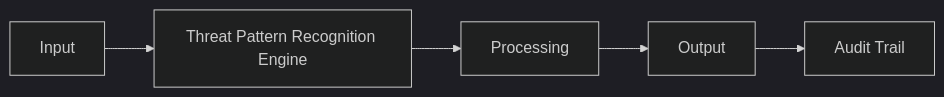
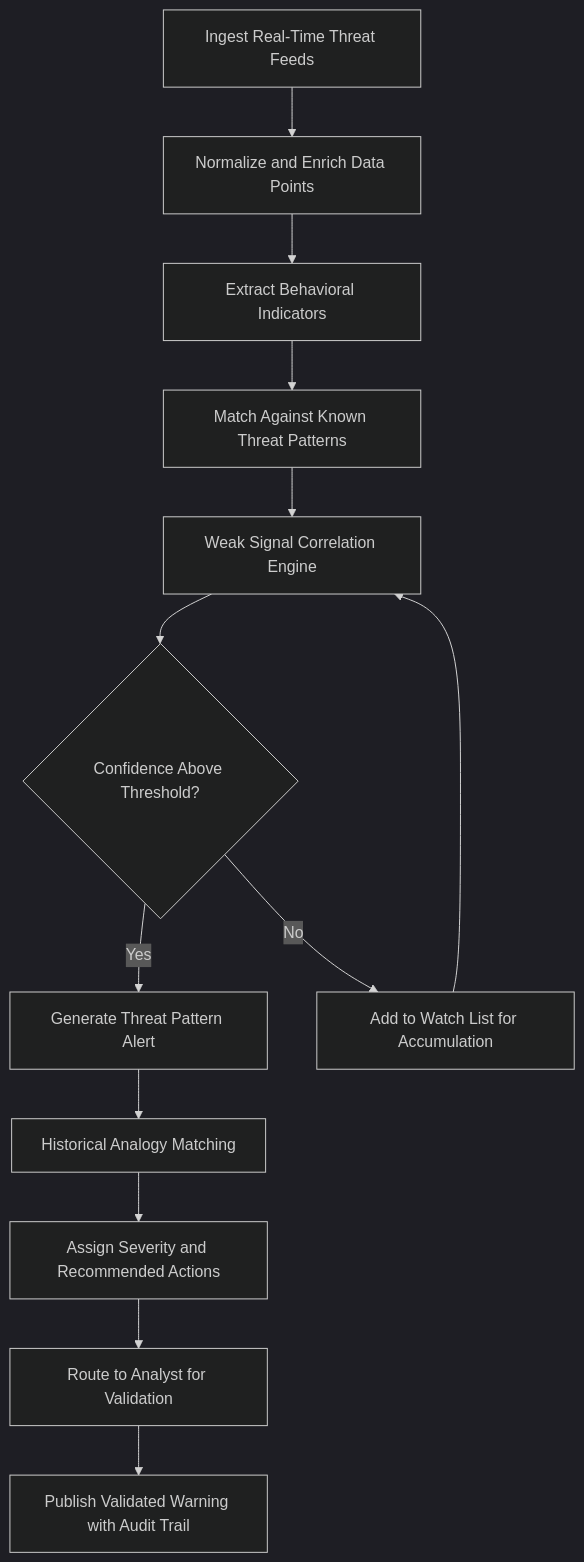
One commit to andrew-leo-2024/marketplace-docs changed the diagram in docs/audiences/02-defense-security/threat-pattern-recognition-engine.mdx. Above: the diagram before and after it, drawn with Mermaid (dark theme). The commit also changed other lines of this file and 401 other files, not shown here.

````diff
--- a/docs/audiences/02-defense-security/threat-pattern-recognition-engine.mdx
+++ b/docs/audiences/02-defense-security/threat-pattern-recognition-engine.mdx
@@ -29,7 +35,15 @@
 ```mermaid
-graph LR
-    A[Input] --> B[Threat Pattern Recognition Engine]
-    B --> C[Processing]
-    C --> D[Output]
-    D --> E[Audit Trail]
+graph TD
+    A[Ingest Real-Time Threat Feeds] --> B[Normalize and Enrich Data Points]
+    B --> C[Extract Behavioral Indicators]
+    C --> D[Match Against Known Threat Patterns]
+    D --> E[Weak Signal Correlation Engine]
+    E --> F{Confidence Above Threshold?}
+    F -->|Yes| G[Generate Threat Pattern Alert]
+    F -->|No| H[Add to Watch List for Accumulation]
+    G --> I[Historical Analogy Matching]
+    I --> J[Assign Severity and Recommended Actions]
+    J --> K[Route to Analyst for Validation]
+    H --> E
+    K --> L[Publish Validated Warning with Audit Trail]
 ```
````
